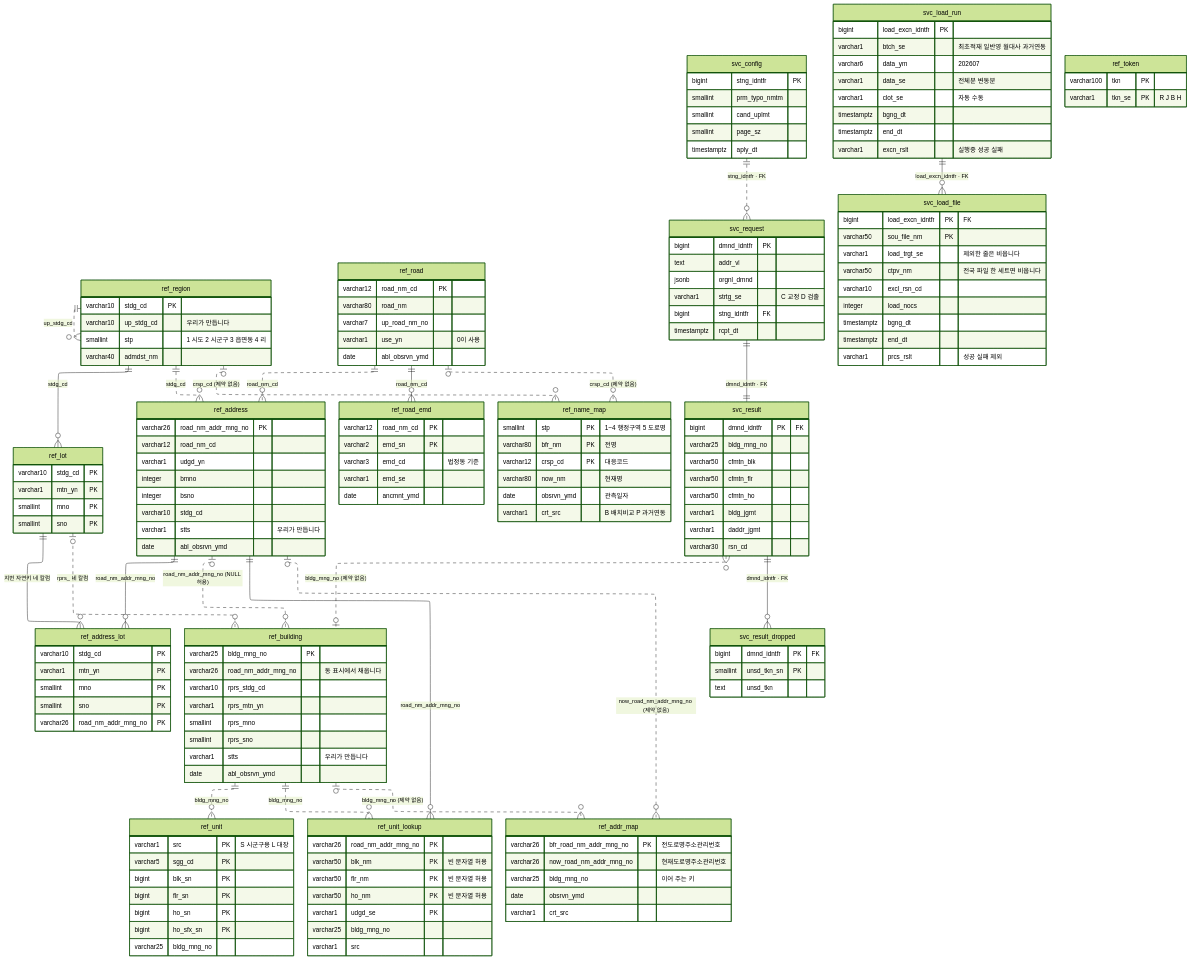
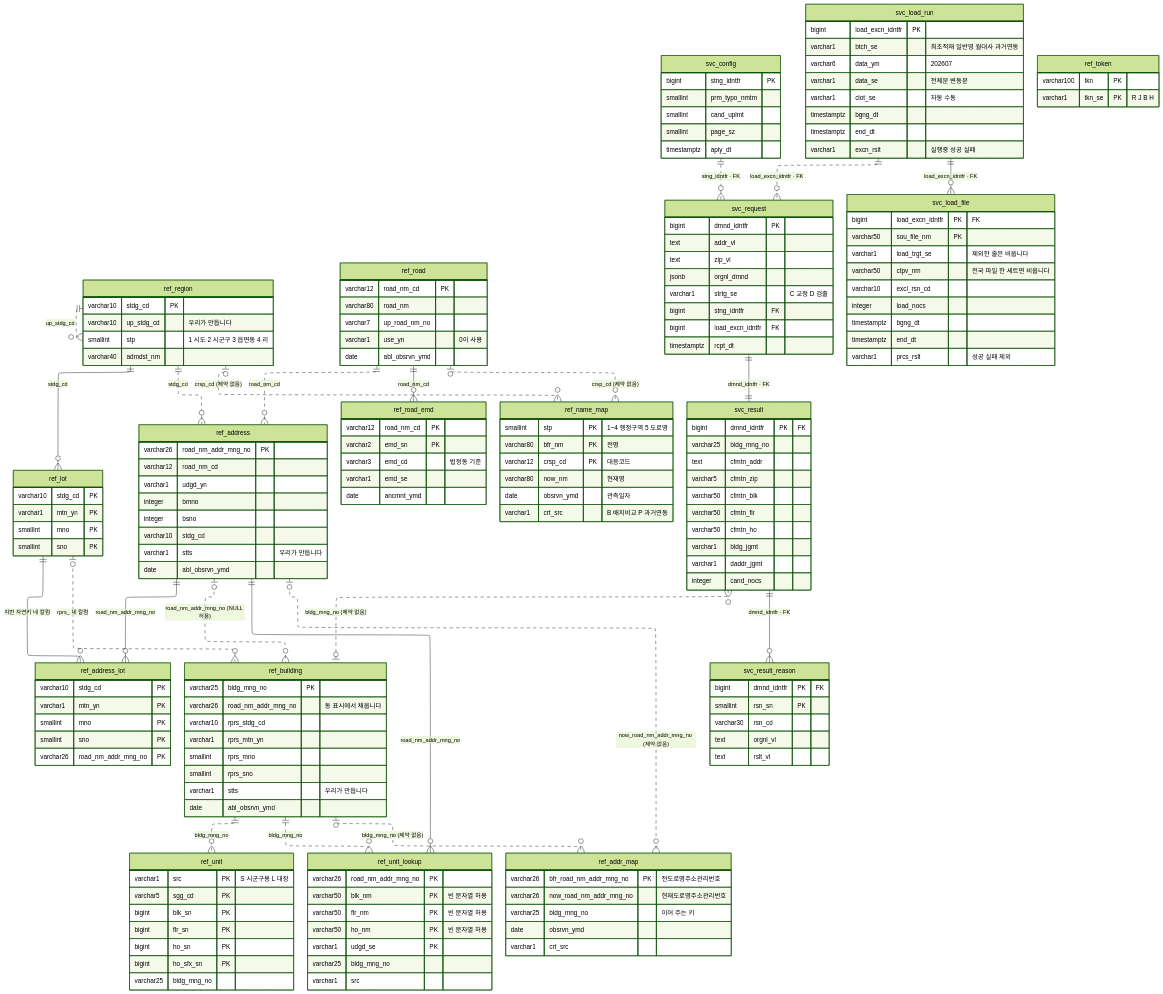
One commit to buss-sooin/address-refine-diagnostics changed the third of 3 diagrams in design/02-data-model.md. Above: the diagram before and after it, drawn with Mermaid (forest theme). The commit also changed other lines of this file and 6 other files, not shown here.

```diff
--- a/design/02-data-model.md
+++ b/design/02-data-model.md
@@ -1305,7 +1341,8 @@
 
     svc_config     ||..o{ svc_request        : "stng_idntfr · FK"
     svc_request    ||--|| svc_result         : "dmnd_idntfr · FK"
-    svc_result     ||--o{ svc_result_dropped : "dmnd_idntfr · FK"
+    svc_result     ||--o{ svc_result_reason  : "dmnd_idntfr · FK"
+    svc_load_run   ||..o{ svc_request        : "load_excn_idntfr · FK"
     svc_load_run   ||--o{ svc_load_file      : "load_excn_idntfr · FK"
 
     svc_result     }o..o| ref_building       : "bldg_mng_no (제약 없음)"
@@ -1410,25 +1447,31 @@
     svc_request {
         bigint      dmnd_idntfr PK
         text        addr_vl
+        text        zip_vl
         jsonb       orgnl_dmnd
         varchar1    strtg_se "C 교정 D 검출"
         bigint      stng_idntfr FK
+        bigint      load_excn_idntfr FK
         timestamptz rcpt_dt
     }
     svc_result {
         bigint    dmnd_idntfr PK "FK"
         varchar25 bldg_mng_no
+        text      cfmtn_addr
+        varchar5  cfmtn_zip
         varchar50 cfmtn_blk
         varchar50 cfmtn_flr
         varchar50 cfmtn_ho
         varchar1  bldg_jgmt
         varchar1  daddr_jgmt
+        integer   cand_nocs
+    }
+    svc_result_reason {
+        bigint    dmnd_idntfr PK "FK"
+        smallint  rsn_sn PK
         varchar30 rsn_cd
-    }
-    svc_result_dropped {
-        bigint   dmnd_idntfr PK "FK"
-        smallint unsd_tkn_sn PK
-        text     unsd_tkn
+        text      orgnl_vl
+        text      rslt_vl
     }
     svc_load_run {
         bigint      load_excn_idntfr PK
```
